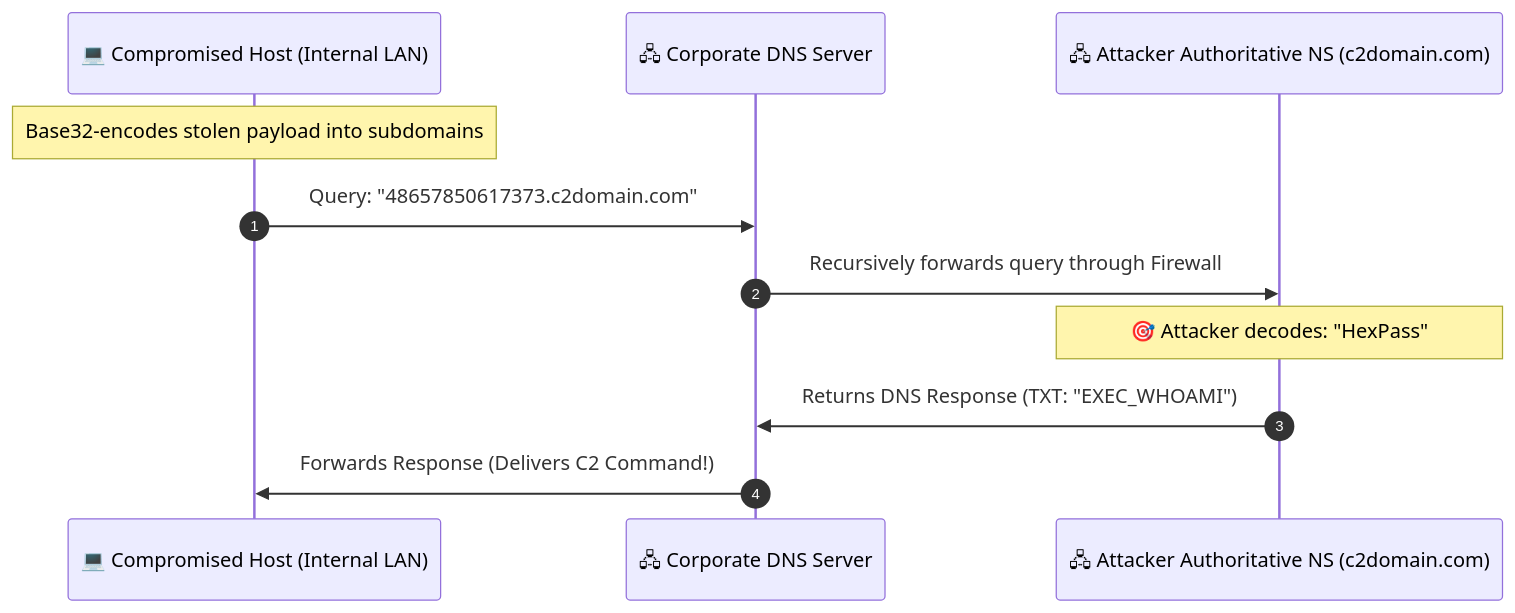
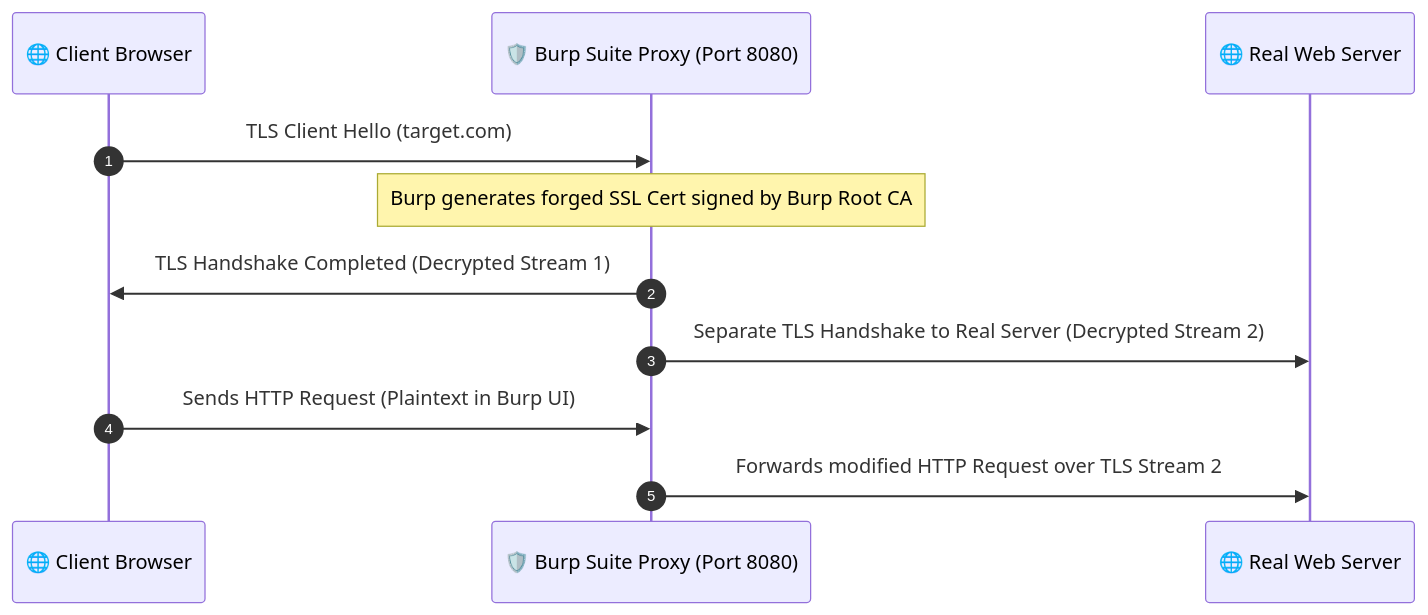
Before and after one commit to DaddyZyn/Cyber-security-notes: the second of 2 diagrams in README.md, drawn with Mermaid. The commit also changed other lines of this file and 1 other file, not shown here.

Commit message:
feat: add module 13 (penetration testing tool internals: Wireshark/Npcap, Nmap raw sockets, Metasploit reflective DLL injection, Burp CA proxies & Hashcat CUDA pipelines)

````diff
--- a/README.md
+++ b/README.md
@@ -75,14 +72,14 @@
 ```mermaid
 sequenceDiagram
     autonumber
-    participant Malware as 💻 Compromised Host (Internal LAN)
-    participant CorpDNS as 🖧 Corporate DNS Server
-    participant C2 as 🖧 Attacker Authoritative NS (c2domain.com)
+    participant Browser as 🌐 Client Browser
+    participant Burp as 🛡️ Burp Suite Proxy (Port 8080)
+    participant Server as 🌐 Real Web Server
 
-    Note over Malware: Base32-encodes stolen payload into subdomains
-    Malware->>CorpDNS: Query: "48657850617373.c2domain.com"
-    CorpDNS->>C2: Recursively forwards query through Firewall
-    Note over C2: 🎯 Attacker decodes: "HexPass"
-    C2->>CorpDNS: Returns DNS Response (TXT: "EXEC_WHOAMI")
-    CorpDNS->>Malware: Forwards Response (Delivers C2 Command!)
+    Browser->>Burp: TLS Client Hello (target.com)
+    Note over Burp: Burp generates forged SSL Cert signed by Burp Root CA
+    Burp->>Browser: TLS Handshake Completed (Decrypted Stream 1)
+    Burp->>Server: Separate TLS Handshake to Real Server (Decrypted Stream 2)
+    Browser->>Burp: Sends HTTP Request (Plaintext in Burp UI)
+    Burp->>Server: Forwards modified HTTP Request over TLS Stream 2
 ```
````
